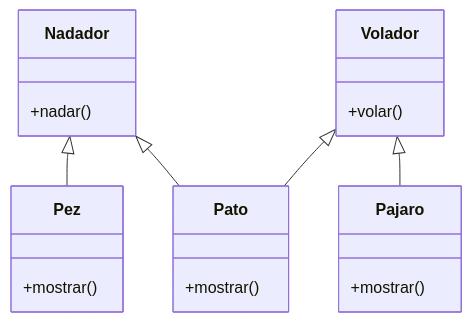
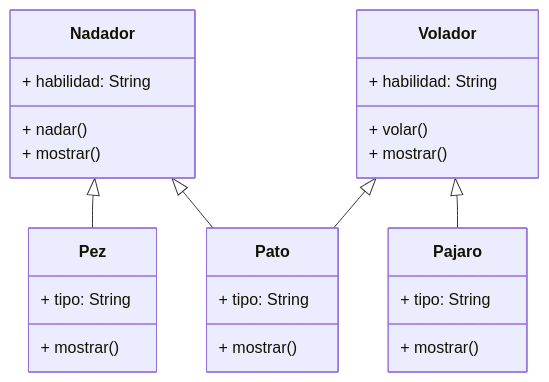
Before and after one commit to anahicabreracalisaya2/psg-oop-2025: the diagram in retos_sesion_05/ejercicio_02.md, drawn with Mermaid. The commit also changed other lines of this file and 1 other file, not shown here.

````diff
--- a/retos_sesion_05/ejercicio_02.md
+++ b/retos_sesion_05/ejercicio_02.md
@@ -42,23 +47,30 @@
 ```mermaid
 classDiagram
     class Nadador {
-        +nadar()
+        + habilidad: String
+        + nadar()
+        + mostrar()
     }
     class Volador {
-        +volar()
+        + habilidad: String
+        + volar()
+        + mostrar()
     }
     class Pez {
-        +mostrar()
+        + tipo: String
+        + mostrar()
     }
     class Pajaro {
-        +mostrar()
+        + tipo: String
+        + mostrar()
     }
     class Pato {
-        +mostrar()
+        + tipo: String        
+        + mostrar()
     }
 
     Nadador <|-- Pez
     Volador <|-- Pajaro
     Nadador <|-- Pato
     Volador <|-- Pato
 ```
````
